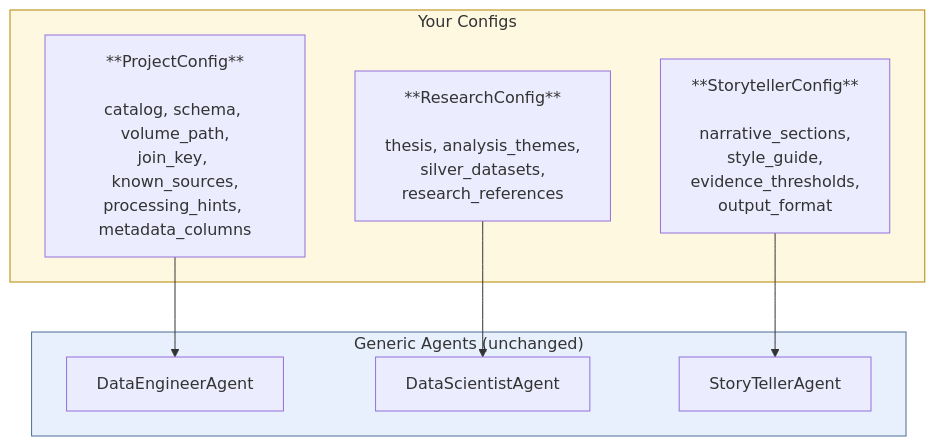
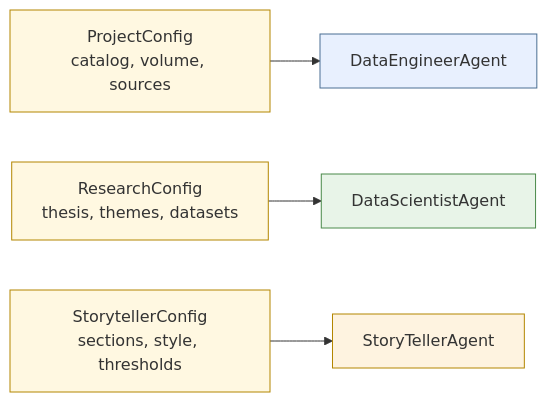
Diagram 11 of 11 in docs/architecture.md (jweinberg-a2a/versifai-data-agents), drawn with Mermaid before and after one commit. The commit also changed other lines of this file and 4 other files, not shown here.

Commit message:
diagrams fixed

````diff
--- a/docs/architecture.md
+++ b/docs/architecture.md
@@ -495,21 +338,13 @@
 ```mermaid
-flowchart TD
-    subgraph configs["Your Configs"]
-        PC["**ProjectConfig**<br><br>catalog, schema, volume_path,<br>join_key, known_sources,<br>processing_hints, metadata_columns"]
-        RC["**ResearchConfig**<br><br>thesis, analysis_themes,<br>silver_datasets,<br>research_references"]
-        SC["**StorytellerConfig**<br><br>narrative_sections,<br>style_guide,<br>evidence_thresholds,<br>output_format"]
-    end
+flowchart LR
+    PC["ProjectConfig<br>catalog, volume, sources"] --> DEA["DataEngineerAgent"]
+    RC["ResearchConfig<br>thesis, themes, datasets"] --> DSA["DataScientistAgent"]
+    SC["StorytellerConfig<br>sections, style, thresholds"] --> STA["StoryTellerAgent"]
 
-    subgraph agents["Generic Agents (unchanged)"]
-        DEA["DataEngineerAgent"]
-        DSA["DataScientistAgent"]
-        STA["StoryTellerAgent"]
-    end
-
-    PC --> DEA
-    RC --> DSA
-    SC --> STA
-
-    style configs fill:#fff8e1,stroke:#b38600
-    style agents fill:#e8f0fe,stroke:#4a6f93
+    style PC fill:#fff8e1,stroke:#b38600
+    style RC fill:#fff8e1,stroke:#b38600
+    style SC fill:#fff8e1,stroke:#b38600
+    style DEA fill:#e8f0fe,stroke:#4a6f93
+    style DSA fill:#e8f4e8,stroke:#4a8a4a
+    style STA fill:#fef3e0,stroke:#b38600
 ```
````
